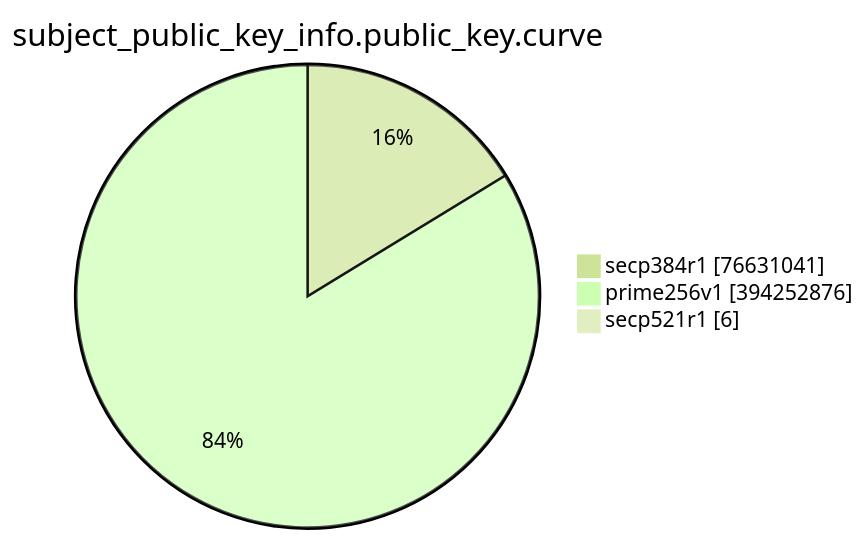
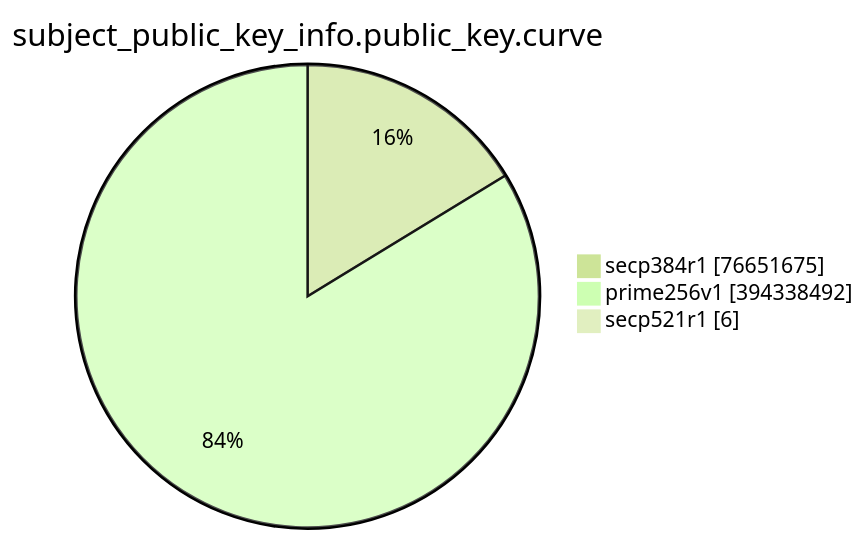
One commit to christiankrug/ctmonitor_visualization changed the eighth of 15 diagrams in TOTAL/README.md. Above: the diagram before and after it, drawn with Mermaid (forest theme). The commit also changed other lines of this file, not shown here.

````diff
--- a/TOTAL/README.md
+++ b/TOTAL/README.md
@@ -3094,7 +3094,7 @@
 ```mermaid
 pie showData
 title subject_public_key_info.public_key.curve
-"secp384r1" :76631041
-"prime256v1" :394252876
+"secp384r1" :76651675
+"prime256v1" :394338492
 "secp521r1" :6
 ```
````
